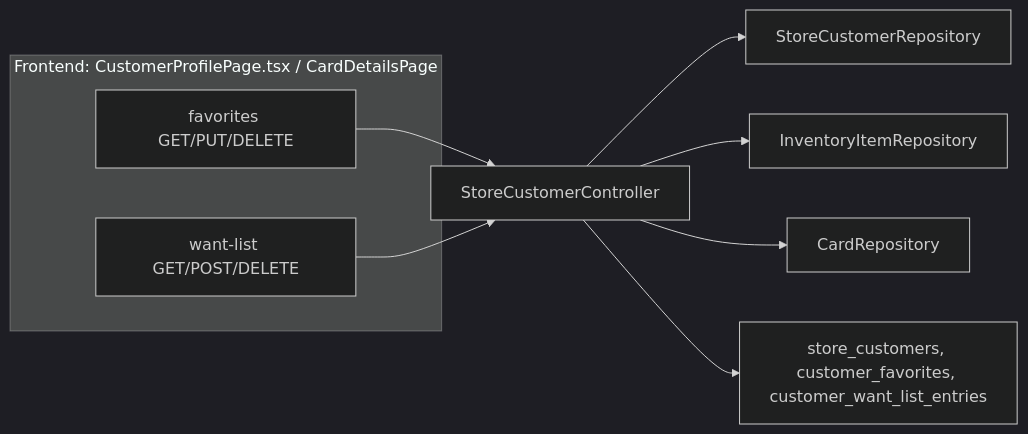
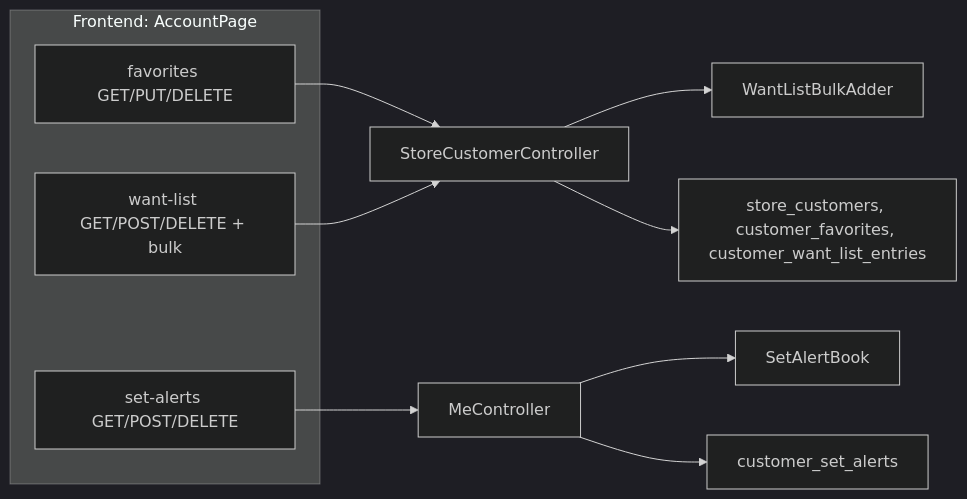
The second of 7 diagrams in architecture/customers-and-orders.md (Game-Store-Solutions/Lgscardvault), drawn with Mermaid (dark theme) before and after one commit. The commit also changed other lines of this file and 36 other files, not shown here.

Commit message:
Add bulk want-list paste and set restock alerts.

````diff
--- a/architecture/customers-and-orders.md
+++ b/architecture/customers-and-orders.md
@@ -58,13 +62,15 @@
 ```mermaid
 flowchart LR
-    subgraph FE["Frontend: CustomerProfilePage.tsx / CardDetailsPage"]
+    subgraph FE["Frontend: AccountPage"]
         fav["favorites GET/PUT/DELETE"]
-        want["want-list GET/POST/DELETE"]
+        want["want-list GET/POST/DELETE + bulk"]
+        sets["set-alerts GET/POST/DELETE"]
     end
     fav --> ctl["StoreCustomerController"]
     want --> ctl
-    ctl --> customer["StoreCustomerRepository"]
-    ctl --> inv["InventoryItemRepository"]
-    ctl --> card["CardRepository"]
+    sets --> me["MeController"]
+    ctl --> adder["WantListBulkAdder"]
+    me --> book["SetAlertBook"]
     ctl --> db["store_customers, customer_favorites, customer_want_list_entries"]
+    me --> alerts["customer_set_alerts"]
 ```
````
